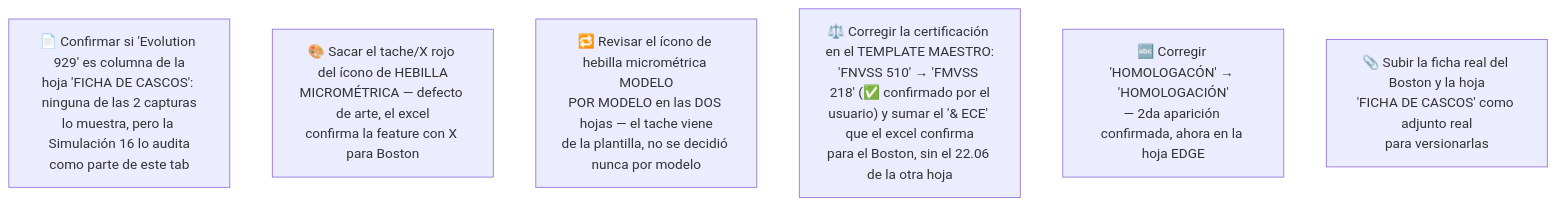
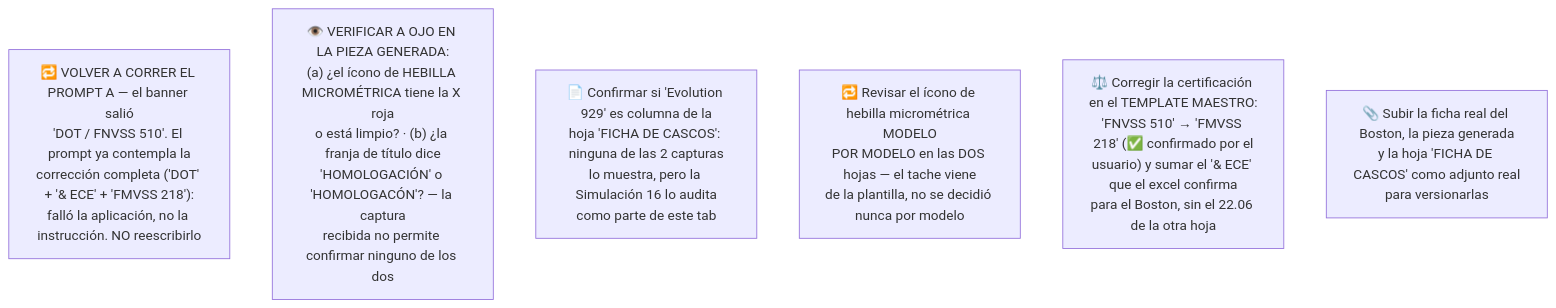
The diagram in proyectos/edge-cascos/documentos/simulaciones-cc/simulacion-33-boston-verificacion.md (juandroeleven-jpg/SAAAS-Marketing), drawn with Mermaid before and after one commit. The commit also changed other lines of this file and 3 other files, not shown here.

````diff
--- a/proyectos/edge-cascos/documentos/simulaciones-cc/simulacion-33-boston-verificacion.md
+++ b/proyectos/edge-cascos/documentos/simulaciones-cc/simulacion-33-boston-verificacion.md
@@ -627,9 +740,9 @@
 ```mermaid
 flowchart TD
+    T0["🔁 VOLVER A CORRER EL PROMPT A — el banner salió<br/>'DOT / FNVSS 510'. El prompt ya contempla la<br/>corrección completa ('DOT' + '&amp; ECE' + 'FMVSS 218'):<br/>falló la aplicación, no la instrucción. NO reescribirlo"]
+    T7["👁️ VERIFICAR A OJO EN LA PIEZA GENERADA:<br/>(a) ¿el ícono de HEBILLA MICROMÉTRICA tiene la X roja<br/>o está limpio? · (b) ¿la franja de título dice<br/>'HOMOLOGACIÓN' o 'HOMOLOGACÓN'? — la captura<br/>recibida no permite confirmar ninguno de los dos"]
     T1["📄 Confirmar si 'Evolution 929' es columna de la<br/>hoja 'FICHA DE CASCOS': ninguna de las 2 capturas<br/>lo muestra, pero la Simulación 16 lo audita<br/>como parte de este tab"]
-    T2["🎨 Sacar el tache/X rojo del ícono de HEBILLA<br/>MICROMÉTRICA — defecto de arte, el excel<br/>confirma la feature con X para Boston"]
     T3["🔁 Revisar el ícono de hebilla micrométrica MODELO<br/>POR MODELO en las DOS hojas — el tache viene<br/>de la plantilla, no se decidió nunca por modelo"]
-    T4["⚖️ Corregir la certificación en el TEMPLATE MAESTRO:<br/>'FNVSS 510' → 'FMVSS 218' (✅ confirmado por el<br/>usuario) y sumar el '& ECE' que el excel confirma<br/>para el Boston, sin el 22.06 de la otra hoja"]
-    T5["🔤 Corregir 'HOMOLOGACÓN' → 'HOMOLOGACIÓN'<br/>— 2da aparición confirmada, ahora en la hoja EDGE"]
-    T6["📎 Subir la ficha real del Boston y la hoja<br/>'FICHA DE CASCOS' como adjunto real<br/>para versionarlas"]
+    T4["⚖️ Corregir la certificación en el TEMPLATE MAESTRO:<br/>'FNVSS 510' → 'FMVSS 218' (✅ confirmado por el<br/>usuario) y sumar el '&amp; ECE' que el excel confirma<br/>para el Boston, sin el 22.06 de la otra hoja"]
+    T6["📎 Subir la ficha real del Boston, la pieza generada<br/>y la hoja 'FICHA DE CASCOS' como adjunto real<br/>para versionarlas"]
 ```
````
